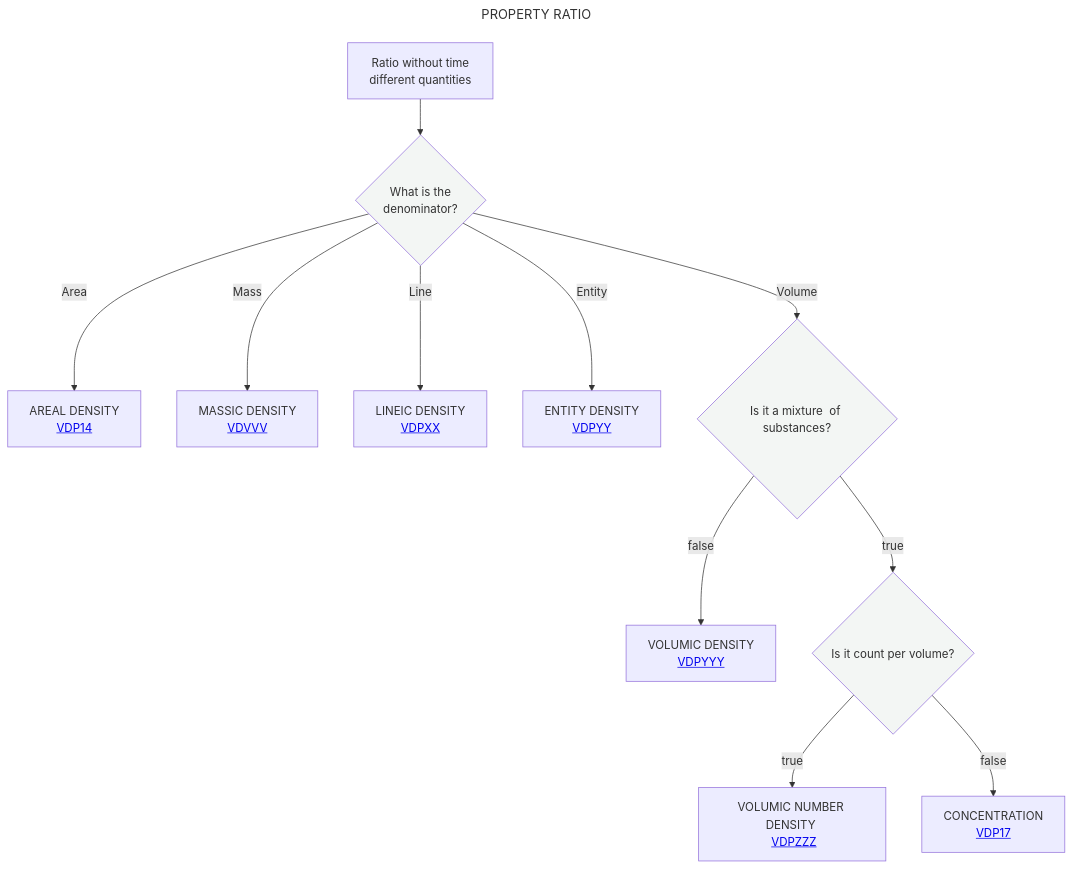
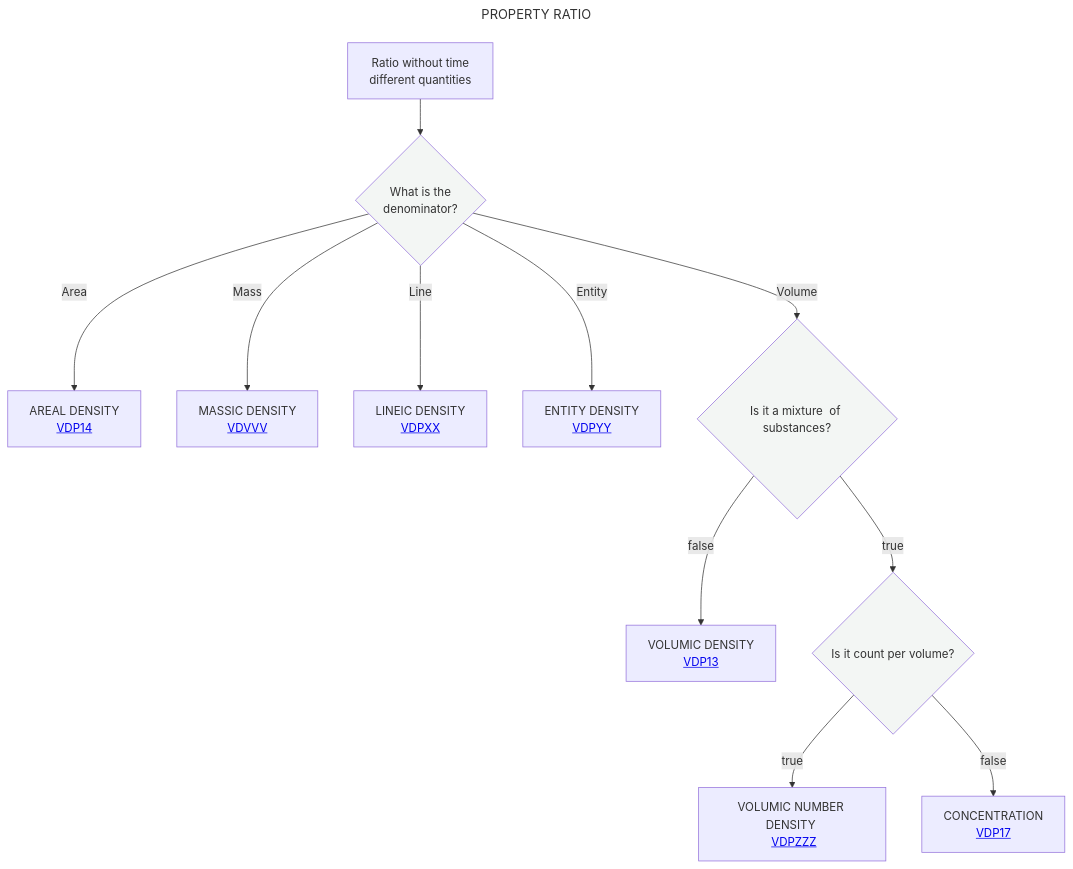
Before and after one commit to mabablue/I-ADOPT-patterns-playground: the diagram in Decisition_trees/DT4.mmd, drawn with Mermaid.

```diff
--- a/Decisition_trees/DT4.mmd
+++ b/Decisition_trees/DT4.mmd
@@ -1,18 +1,18 @@
 ---
 title: PROPERTY RATIO
 ---
 flowchart TD
     A[Ratio without time <br> different quantities] --> B{What is the <br> denominator?}:::white
     B -- Area -->C[AREAL DENSITY <br> <a href='https://github.com/mabablue/I-ADOPT-patterns-playground/blob/main/pattern/VDP14.yaml'>VDP14</a>]
     B -- Mass -->E[MASSIC DENSITY <br> <a href='https://github.com/mabablue/I-ADOPT-patterns-playground/blob/main/pattern/VDP14.yaml'>VDVVV</a>]
     B -- Line -->D[LINEIC DENSITY <br> <a href='https://github.com/mabablue/I-ADOPT-patterns-playground/blob/main/pattern/VDPXX.yaml'>VDPXX</a>]
     B -- Entity -->F[ENTITY DENSITY <br> <a href='https://github.com/mabablue/I-ADOPT-patterns-playground/blob/main/pattern/VDPXX.yaml'>VDPYY</a>]
     B -- Volume -->G{Is it a mixture <be> of substances?}:::white
-    G --> |false|H[VOLUMIC DENSITY <br> <a href='https://github.com/mabablue/I-ADOPT-patterns-playground/blob/main/pattern/VDP20.yaml'>VDPYYY</a>]
+    G --> |false|H[VOLUMIC DENSITY <br> <a href='https://github.com/mabablue/I-ADOPT-patterns-playground/blob/main/pattern/VDP13.yaml'>VDP13</a>]
     G--> |true|I{Is it count per volume?}:::white
     I --> |true|L[VOLUMIC NUMBER DENSITY <br> <a href='https://github.com/mabablue/I-ADOPT-patterns-playground/blob/main/pattern/VDP17.yaml'>VDPZZZ</a>]
     I --> |false|M[CONCENTRATION <br> <a href='https://github.com/mabablue/I-ADOPT-patterns-playground/blob/main/pattern/VDP17.yaml'>VDP17</a>]
    classDef blue fill:#90D5FF
    classDef satblue fill:#57B9FF 
    classDef white fill:#f3f6f4
    classDef green fill:#6aa84f
```
